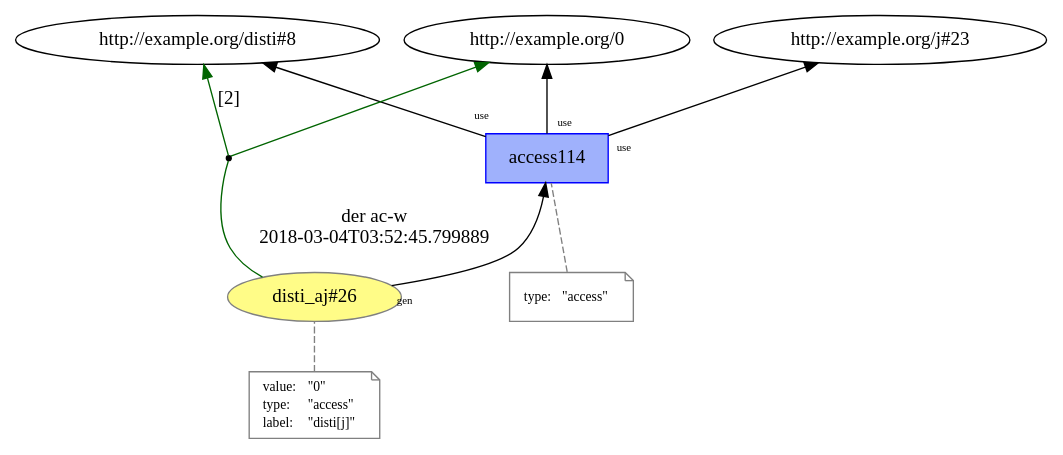
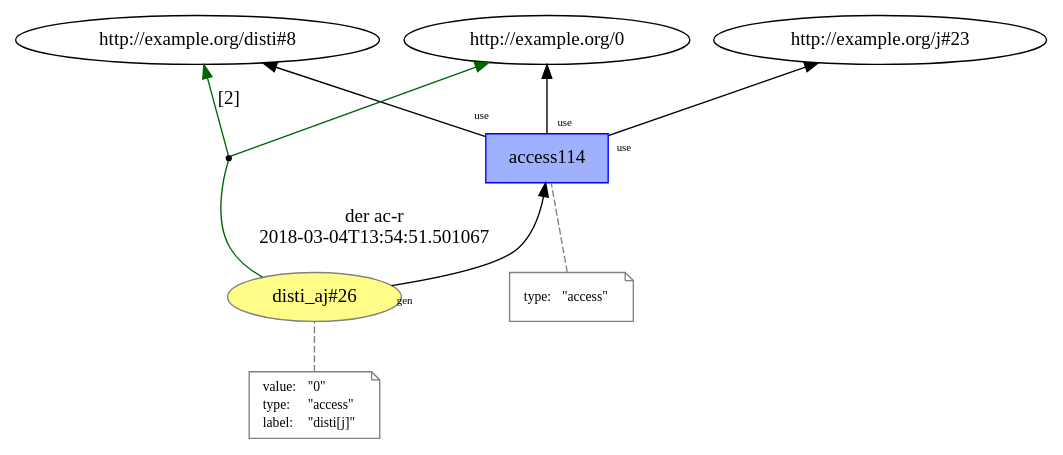
Before and after one commit to dew-uff/versioned-prov: the diagram in intertwined_prov/temp/L15__access_23.dot, drawn with Graphviz. The commit also changed 714 other files, not shown here.

```diff
--- a/intertwined_prov/temp/L15__access_23.dot
+++ b/intertwined_prov/temp/L15__access_23.dot
@@ -1,35 +1,35 @@
 digraph "PROV" { size="16,12"; rankdir="BT";
 "http://example.org/disti_aj#26" [fillcolor="#FFFC87",color="#808080",style="filled",label="disti_aj#26",URL="http://example.org/disti_aj#26"]
 "-attrs0" [color="gray",shape="note",fontsize="10",fontcolor="black",label=<<TABLE cellpadding="0" border="0">
 	<TR>
 	    <TD align="left">value:</TD>
 	    <TD align="left">&quot;0&quot;</TD>
 	</TR>
 	<TR>
 	    <TD align="left">type:</TD>
 	    <TD align="left">&quot;access&quot;</TD>
 	</TR>
 	<TR>
 	    <TD align="left">label:</TD>
 	    <TD align="left">&quot;disti[j]&quot;</TD>
 	</TR>
 </TABLE>>]
 "-attrs0" -> "http://example.org/disti_aj#26" [color="gray",style="dashed",arrowhead="none"]
 "http://example.org/access114" [fillcolor="#9FB1FC",color="#0000FF",shape="polygon",sides="4",style="filled",label="access114",URL="http://example.org/access114"]
 "-attrs1" [color="gray",shape="note",fontsize="10",fontcolor="black",label=<<TABLE cellpadding="0" border="0">
 	<TR>
 	    <TD align="left">type:</TD>
 	    <TD align="left">&quot;access&quot;</TD>
 	</TR>
 </TABLE>>]
 "-attrs1" -> "http://example.org/access114" [color="gray",style="dashed",arrowhead="none"]
 "http://example.org/access114" -> "http://example.org/0" [labelfontsize="8",labeldistance="1.5",labelangle="60.0",rotation="20",taillabel="use"]
 "bn0" [shape="point",label=""]
-"http://example.org/disti_aj#26" -> "bn0" [arrowhead="none",color="darkgreen",label="der ac-w
-2018-03-04T03:52:45.799889"]
+"http://example.org/disti_aj#26" -> "bn0" [arrowhead="none",color="darkgreen",label="der ac-r
+2018-03-04T13:54:51.501067"]
 "bn0" -> "http://example.org/disti#8" [labelfontsize="8",labeldistance="1.5",color="darkgreen",labelangle="60.0",rotation="20",label="[2]"]
 "bn0" -> "http://example.org/0" [color="darkgreen"]
 "http://example.org/disti_aj#26" -> "http://example.org/access114" [labelfontsize="8",labeldistance="1.5",labelangle="60.0",rotation="20",taillabel="gen"]
 "http://example.org/access114" -> "http://example.org/disti#8" [labelfontsize="8",labeldistance="1.5",labelangle="60.0",rotation="20",taillabel="use"]
 "http://example.org/access114" -> "http://example.org/j#23" [labelfontsize="8",labeldistance="1.5",labelangle="60.0",rotation="20",taillabel="use"]
 }
```
